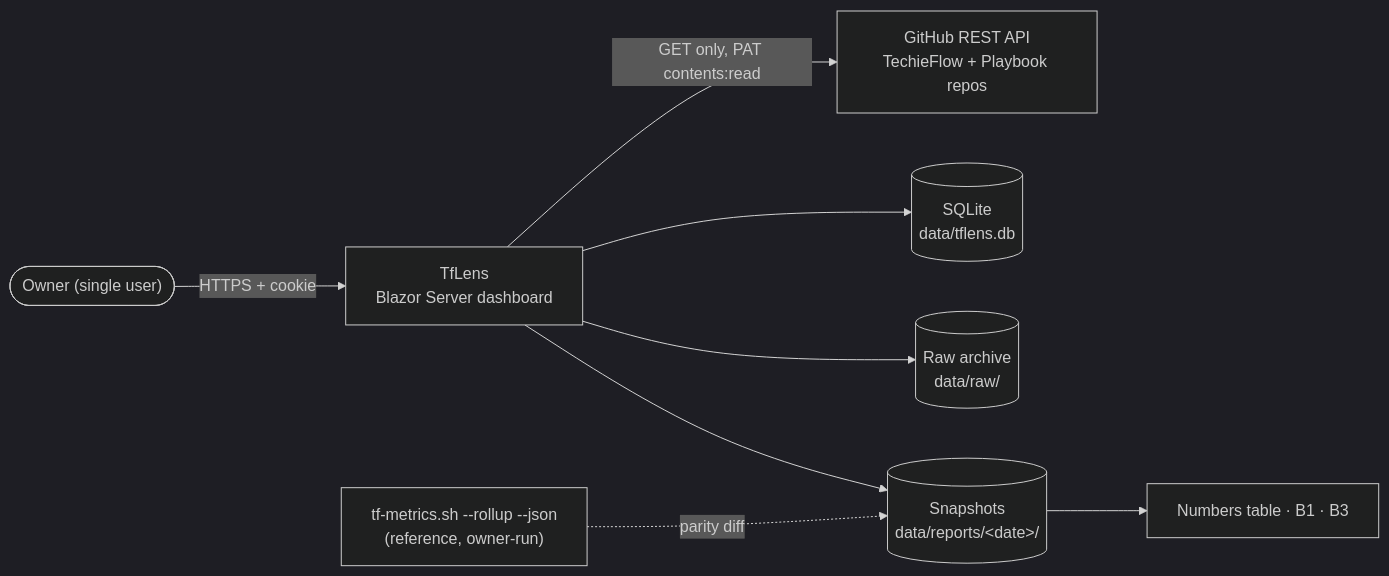
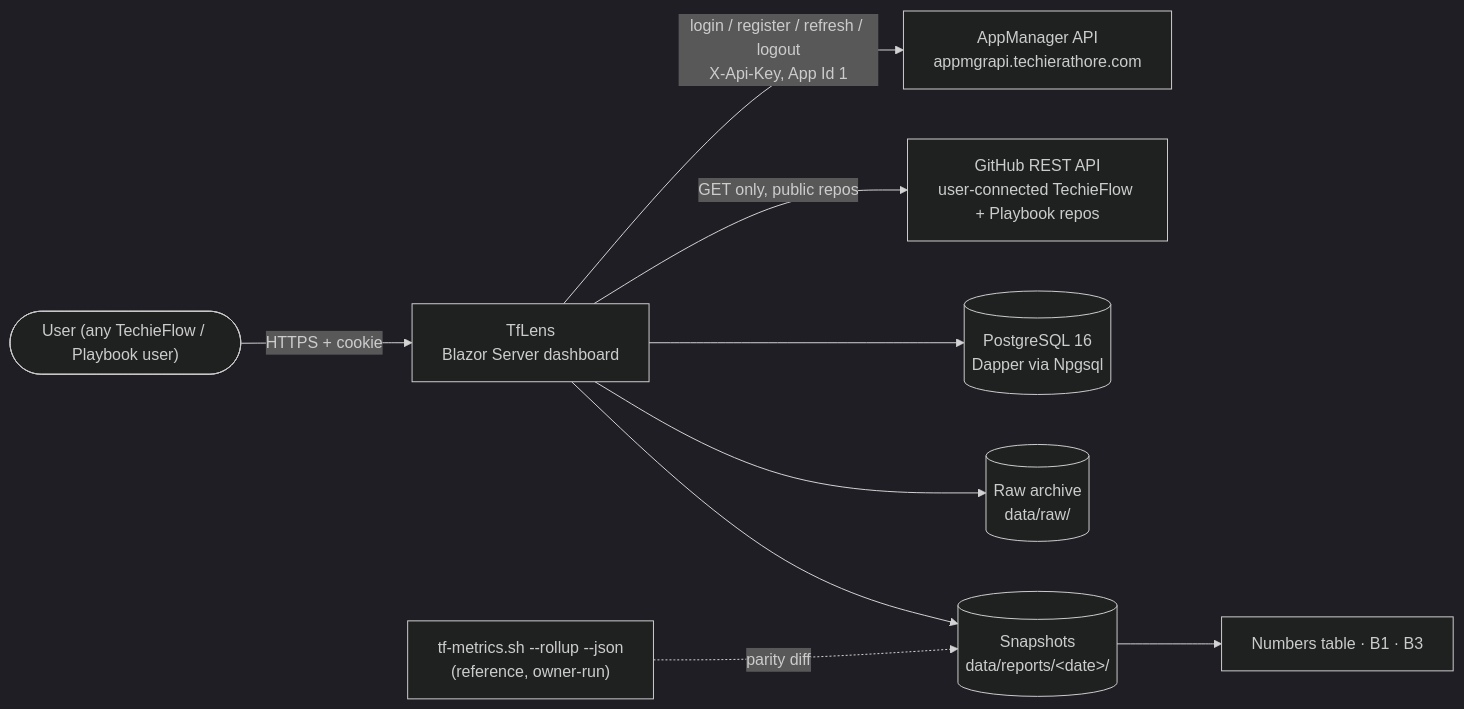
One commit to techierathore/TfLens changed the first of 10 diagrams in docs/TfLens-BRD.md. Above: the diagram before and after it, drawn with Mermaid (dark theme). The commit also changed other lines of this file and 26 other files, not shown here.

````diff
--- a/docs/TfLens-BRD.md
+++ b/docs/TfLens-BRD.md
@@ -121,10 +132,11 @@
 ```mermaid
 flowchart LR
-  Owner(["Owner (single user)"]) -- "HTTPS + cookie" --> App["TfLens<br/>Blazor Server dashboard"]
-  App -- "GET only, PAT contents:read" --> GH["GitHub REST API<br/>TechieFlow + Playbook repos"]
-  App --> DB[("SQLite<br/>data/tflens.db")]
+  User(["User (any TechieFlow / Playbook user)"]) -- "HTTPS + cookie" --> App["TfLens<br/>Blazor Server dashboard"]
+  App -- "login / register / refresh / logout<br/>X-Api-Key, App Id 1" --> AM["AppManager API<br/>appmgrapi.techierathore.com"]
+  App -- "GET only, public repos" --> GH["GitHub REST API<br/>user-connected TechieFlow + Playbook repos"]
+  App --> DB[("PostgreSQL 16<br/>Dapper via Npgsql")]
   App --> Raw[("Raw archive<br/>data/raw/")]
   App --> Rep[("Snapshots<br/>data/reports/&lt;date&gt;/")]
   Ref["tf-metrics.sh --rollup --json<br/>(reference, owner-run)"] -. "parity diff" .-> Rep
   Rep --> Plan["Numbers table · B1 · B3"]
 ```
````
